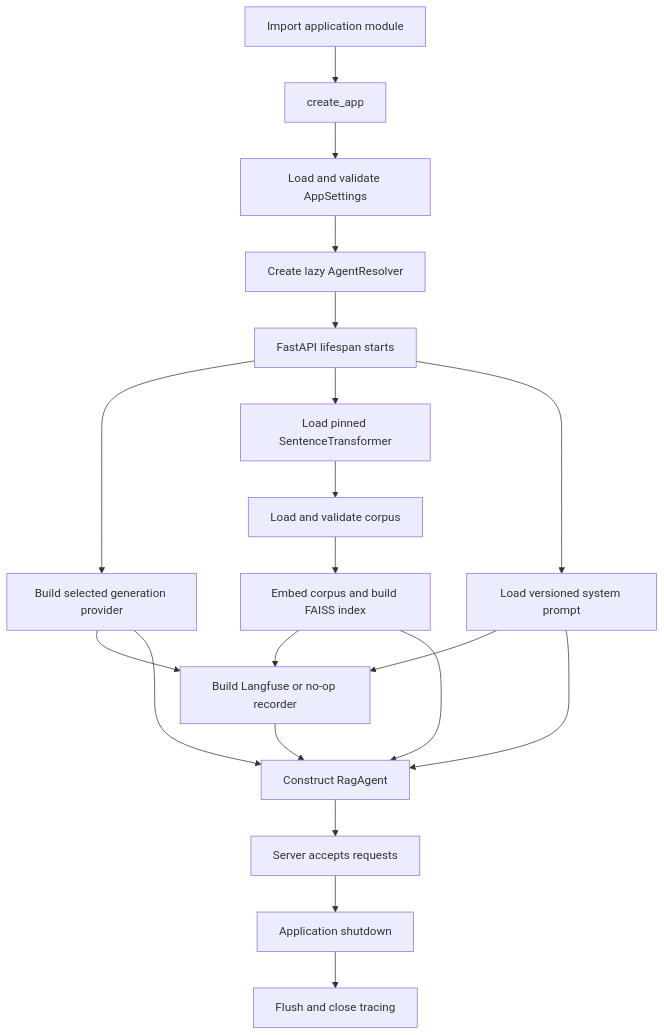
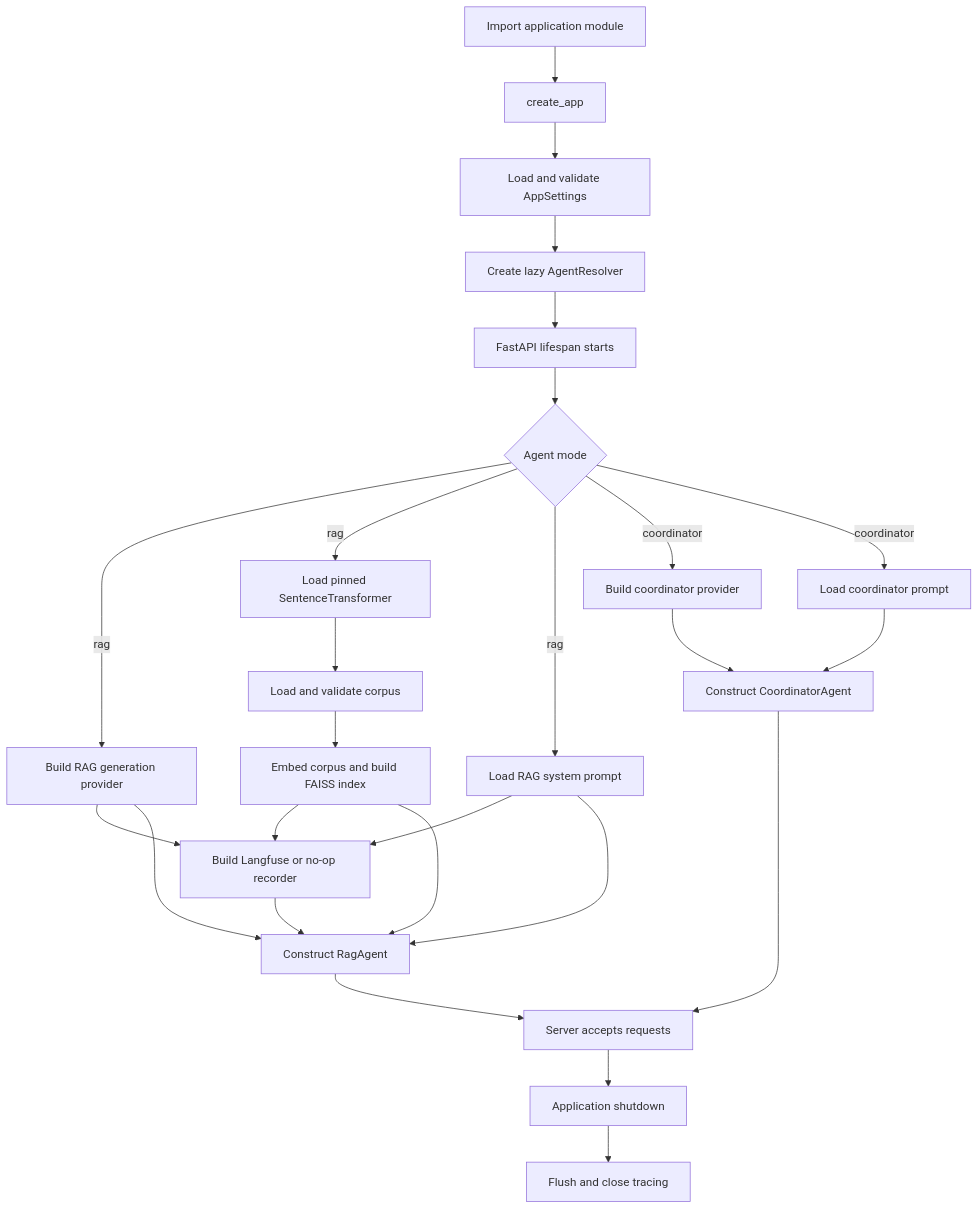
Before and after one commit to govtech-responsibleai/agentic-eval-toyapp: the fourth of 15 diagrams in architecture.md, drawn with Mermaid. The commit also changed other lines of this file and 20 other files, not shown here.

````diff
--- a/architecture.md
+++ b/architecture.md
@@ -224,22 +239,28 @@
 ```mermaid
 flowchart TD
     Import[Import application module] --> Factory[create_app]
     Factory --> Settings[Load and validate AppSettings]
     Settings --> Resolver[Create lazy AgentResolver]
     Resolver --> Lifespan[FastAPI lifespan starts]
-    Lifespan --> Generation[Build selected generation provider]
-    Lifespan --> Embedding[Load pinned SentenceTransformer]
+    Lifespan --> Mode{Agent mode}
+    Mode -->|rag| Generation[Build RAG generation provider]
+    Mode -->|rag| Embedding[Load pinned SentenceTransformer]
     Embedding --> Corpus[Load and validate corpus]
     Corpus --> Index[Embed corpus and build FAISS index]
-    Lifespan --> Prompt[Load versioned system prompt]
+    Mode -->|rag| Prompt[Load RAG system prompt]
     Generation --> Tracing[Build Langfuse or no-op recorder]
     Index --> Tracing
     Prompt --> Tracing
     Generation --> Agent[Construct RagAgent]
     Index --> Agent[Construct RagAgent]
     Prompt --> Agent
     Tracing --> Agent
+    Mode -->|coordinator| CoordinatorProvider[Build coordinator provider]
+    Mode -->|coordinator| CoordinatorPrompt[Load coordinator prompt]
+    CoordinatorProvider --> Coordinator[Construct CoordinatorAgent]
+    CoordinatorPrompt --> Coordinator
     Agent --> Ready[Server accepts requests]
+    Coordinator --> Ready
     Ready --> Shutdown[Application shutdown]
     Shutdown --> Flush[Flush and close tracing]
 ```
````
